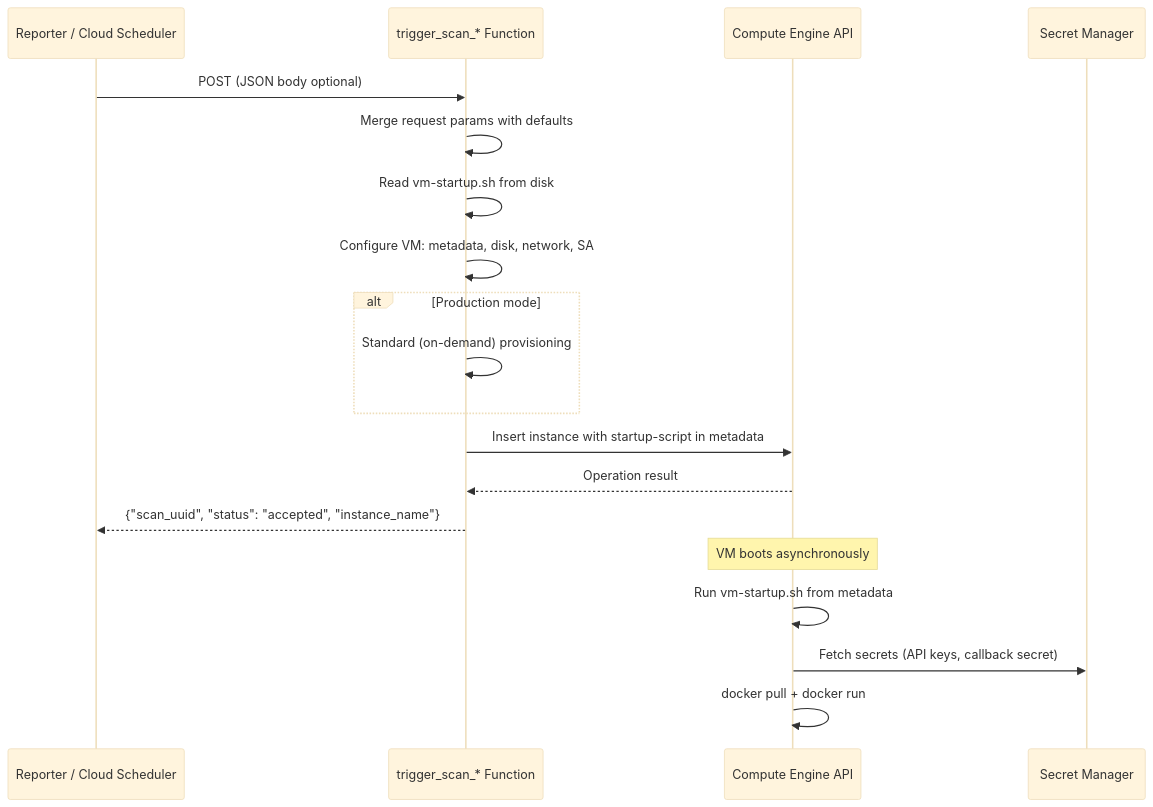
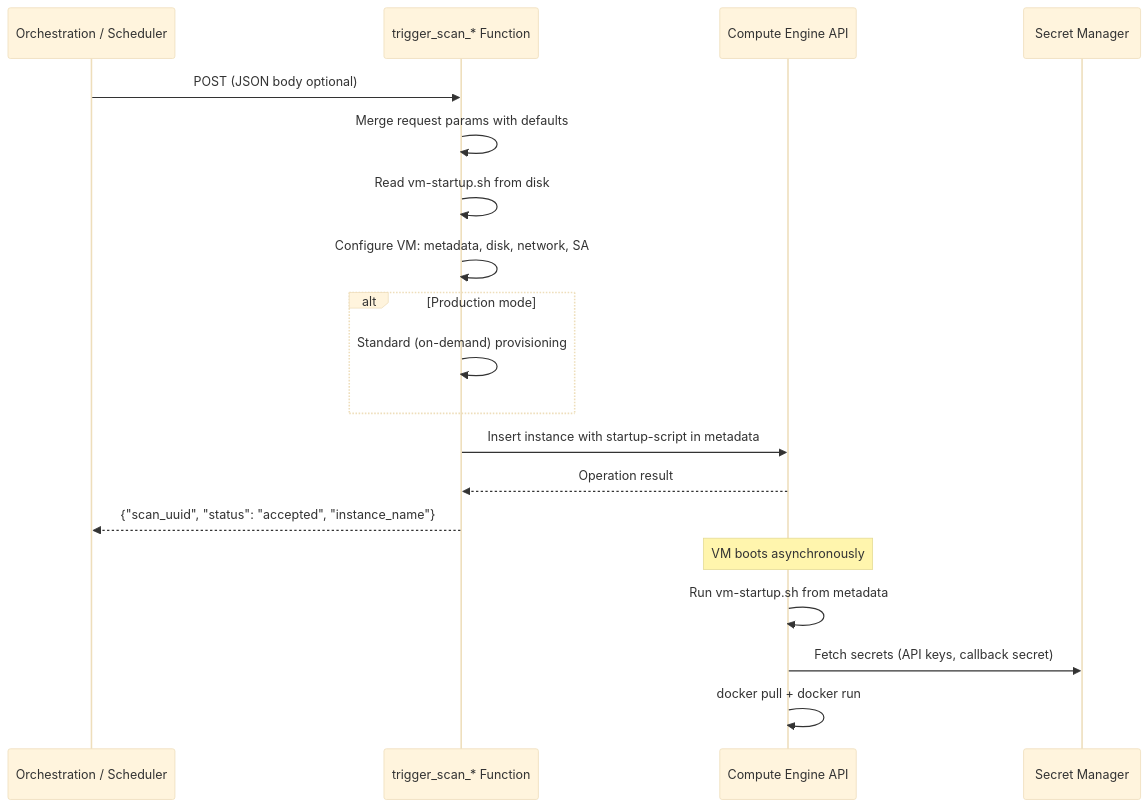
The ninth of 23 diagrams in docs/ARCHITECTURE.md (Peregrine-Technology-Systems/peregrine-penetrator-scanner), drawn with Mermaid (base theme) before and after one commit. The commit also changed other lines of this file, not shown here.

First line of the commit message:
docs: remove system-context topology from ARCHITECTURE.md per review [HELD]

````diff
--- a/docs/ARCHITECTURE.md
+++ b/docs/ARCHITECTURE.md
@@ -409,25 +377,25 @@
 ```mermaid
 sequenceDiagram
-    participant Caller as Reporter / Cloud Scheduler
+    participant Caller as Orchestration / Scheduler
     participant CF as trigger_scan_* Function
     participant GCE as Compute Engine API
     participant SM as Secret Manager
 
     Caller->>CF: POST (JSON body optional)
     CF->>CF: Merge request params with defaults
     CF->>CF: Read vm-startup.sh from disk
     CF->>CF: Configure VM: metadata, disk, network, SA
 
     alt Production mode
         CF->>CF: Standard (on-demand) provisioning
     end
 
     CF->>GCE: Insert instance with startup-script in metadata
     GCE-->>CF: Operation result
     CF-->>Caller: {"scan_uuid", "status": "accepted", "instance_name"}
 
     Note over GCE: VM boots asynchronously
     GCE->>GCE: Run vm-startup.sh from metadata
     GCE->>SM: Fetch secrets (API keys, callback secret)
     GCE->>GCE: docker pull + docker run
 ```
````
